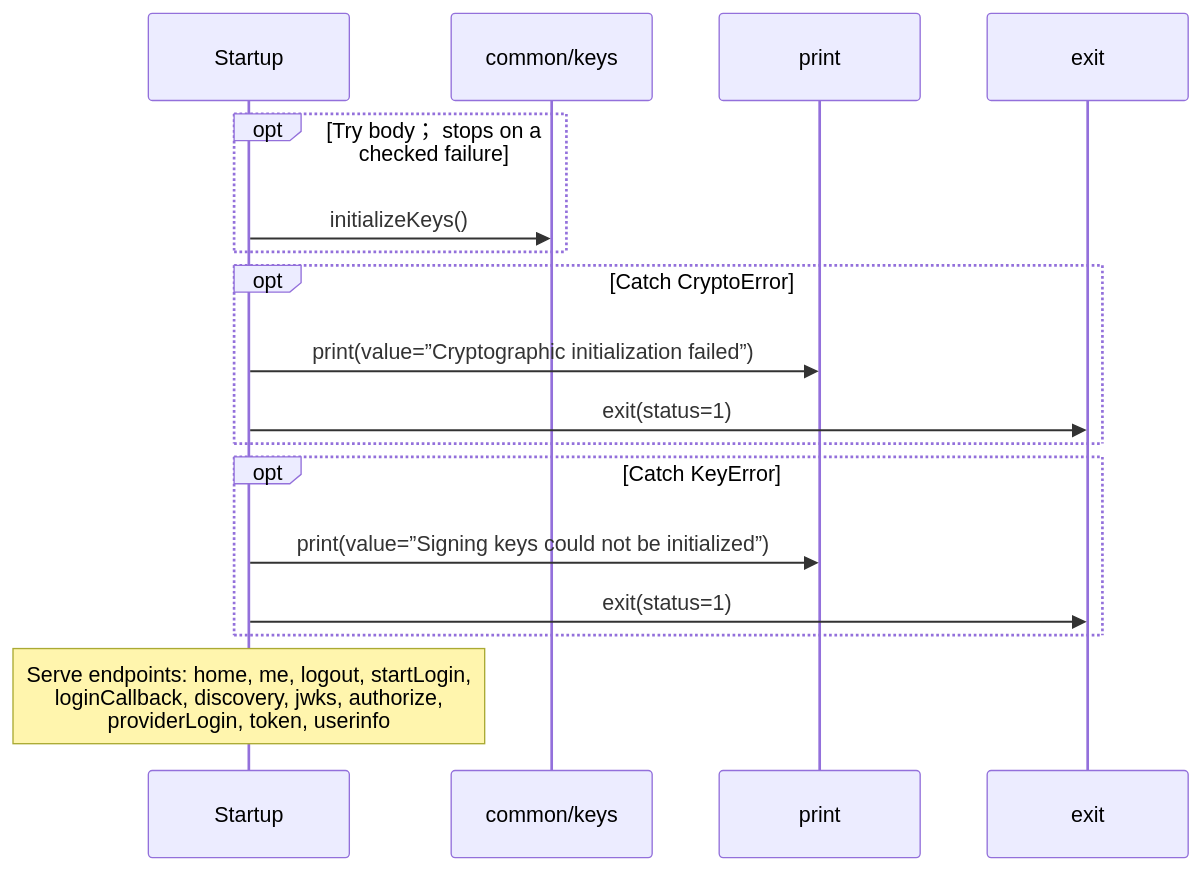
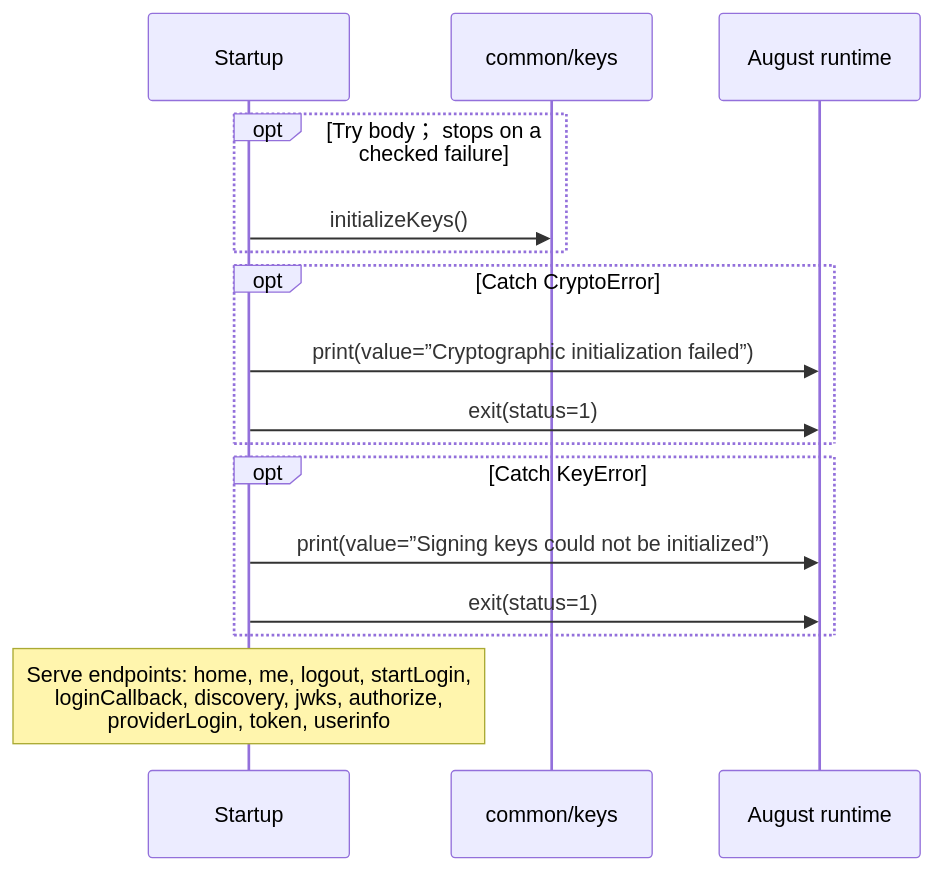
Before and after one commit to GreenPandaStudios/augscript: the diagram in docs/examples/oidc-login/main-diagrams.md, drawn with Mermaid. The commit also changed other lines of this file and 304 other files, not shown here.

Commit message:
Make generated data-flow sequences concise and review every diagram

````diff
--- a/docs/examples/oidc-login/main-diagrams.md
+++ b/docs/examples/oidc-login/main-diagrams.md
@@ -39,19 +28,18 @@
 ```mermaid
 sequenceDiagram
     participant p0 as Startup
     participant p1 as common/keys
-    participant p2 as print
-    participant p3 as exit
+    participant p2 as August runtime
     opt Try body； stops on a checked failure
     p0->>p1: initializeKeys()
     end
     opt Catch CryptoError
     p0->>p2: print(value=”Cryptographic initialization failed”)
-    p0->>p3: exit(status=1)
+    p0->>p2: exit(status=1)
     end
     opt Catch KeyError
     p0->>p2: print(value=”Signing keys could not be initialized”)
-    p0->>p3: exit(status=1)
+    p0->>p2: exit(status=1)
     end
     Note over p0: Serve endpoints: home, me, logout, startLogin,<br/>loginCallback, discovery, jwks, authorize,<br/>providerLogin, token, userinfo
 ```
````
